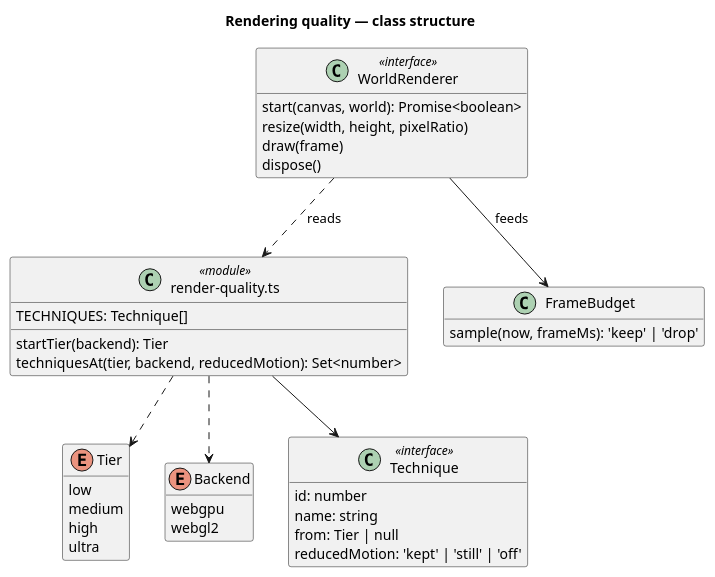
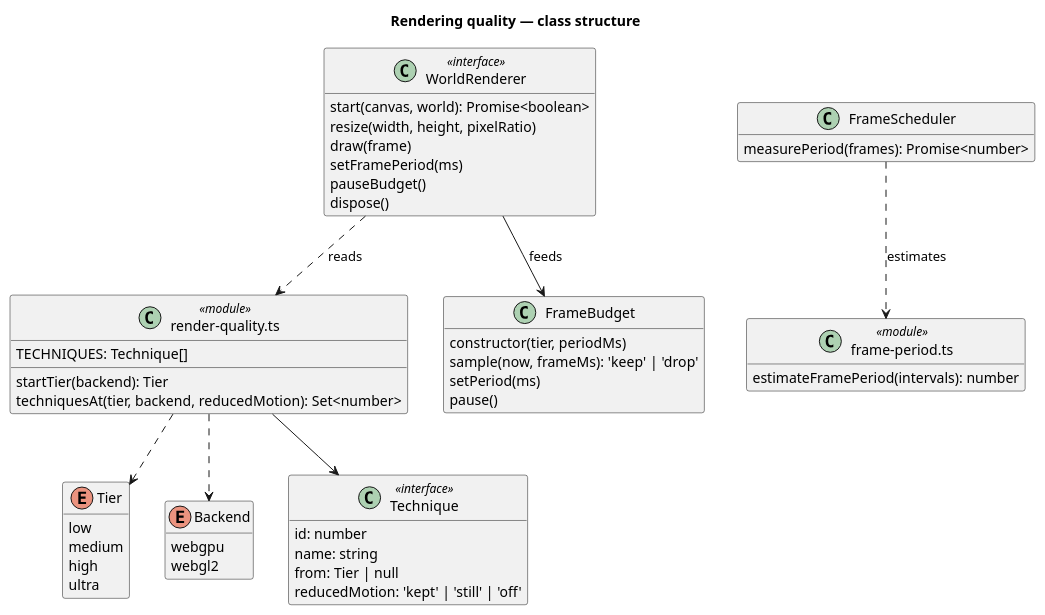
The diagram in docs/detailed-designs/world-ride/render-scene-quality/diagrams/class-structure.puml (QuinntyneBrown/ride-one), drawn with PlantUML before and after one commit. The commit also changed 6 other files, not shown here.

First line of the commit message:
Judge World Ride frames against the display's measured frame period

```diff
--- a/docs/detailed-designs/world-ride/render-scene-quality/diagrams/class-structure.puml
+++ b/docs/detailed-designs/world-ride/render-scene-quality/diagrams/class-structure.puml
@@ -1,39 +1,51 @@
 @startuml
 title Rendering quality — class structure
 hide empty members
 enum Tier {
   low
   medium
   high
   ultra
 }
 enum Backend {
   webgpu
   webgl2
 }
 class Technique <<interface>> {
   id: number
   name: string
   from: Tier | null
   reducedMotion: 'kept' | 'still' | 'off'
 }
 class "render-quality.ts" as RQ <<module>> {
   TECHNIQUES: Technique[]
   startTier(backend): Tier
   techniquesAt(tier, backend, reducedMotion): Set<number>
 }
 class FrameBudget {
+  constructor(tier, periodMs)
   sample(now, frameMs): 'keep' | 'drop'
+  setPeriod(ms)
+  pause()
+}
+class "frame-period.ts" as FP <<module>> {
+  estimateFramePeriod(intervals): number
+}
+class FrameScheduler {
+  measurePeriod(frames): Promise<number>
 }
 class WorldRenderer <<interface>> {
   start(canvas, world): Promise<boolean>
   resize(width, height, pixelRatio)
   draw(frame)
+  setFramePeriod(ms)
+  pauseBudget()
   dispose()
 }
 RQ --> Technique
 RQ ..> Tier
 RQ ..> Backend
 WorldRenderer ..> RQ : reads
 WorldRenderer --> FrameBudget : feeds
+FrameScheduler ..> FP : estimates
 @enduml
```
